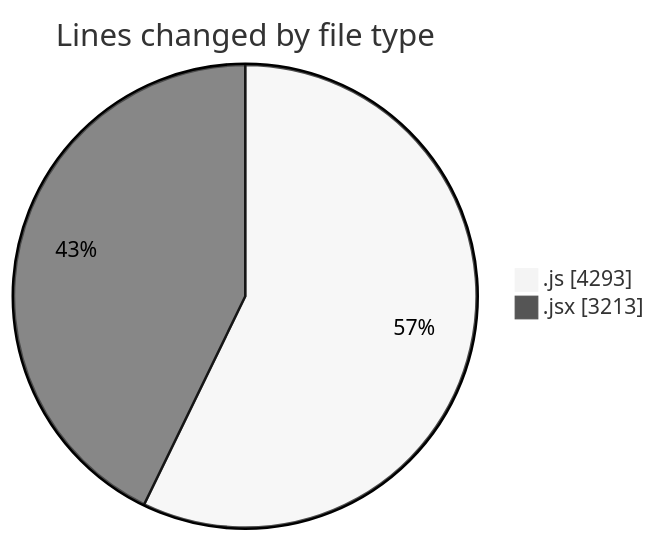
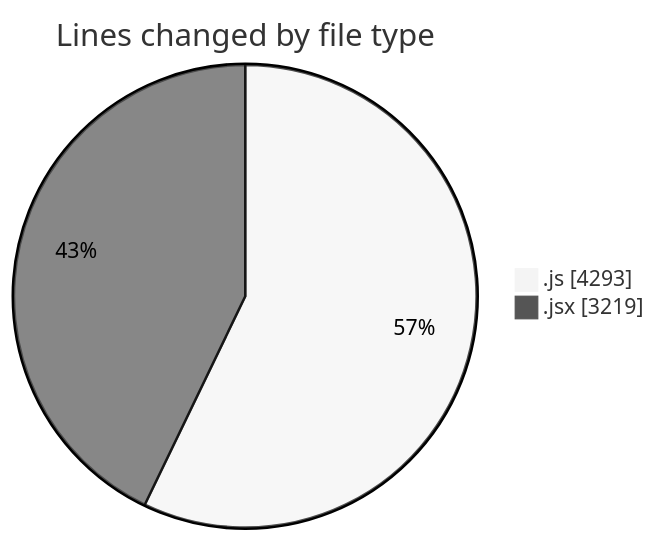
The first of 2 diagrams in 2025-12-29/nxtqube_webapp/README.md (nxtqubesakshisongat/code-tracking), drawn with Mermaid (neutral theme) before and after one commit. The commit also changed other lines of this file and 1 other file, not shown here.

````diff
--- a/2025-12-29/nxtqube_webapp/README.md
+++ b/2025-12-29/nxtqube_webapp/README.md
@@ -24,6 +24,6 @@
 ```mermaid
 pie showData
 title Lines changed by file type
 ".js" : 4293
-".jsx" : 3213
+".jsx" : 3219
 ```
````
